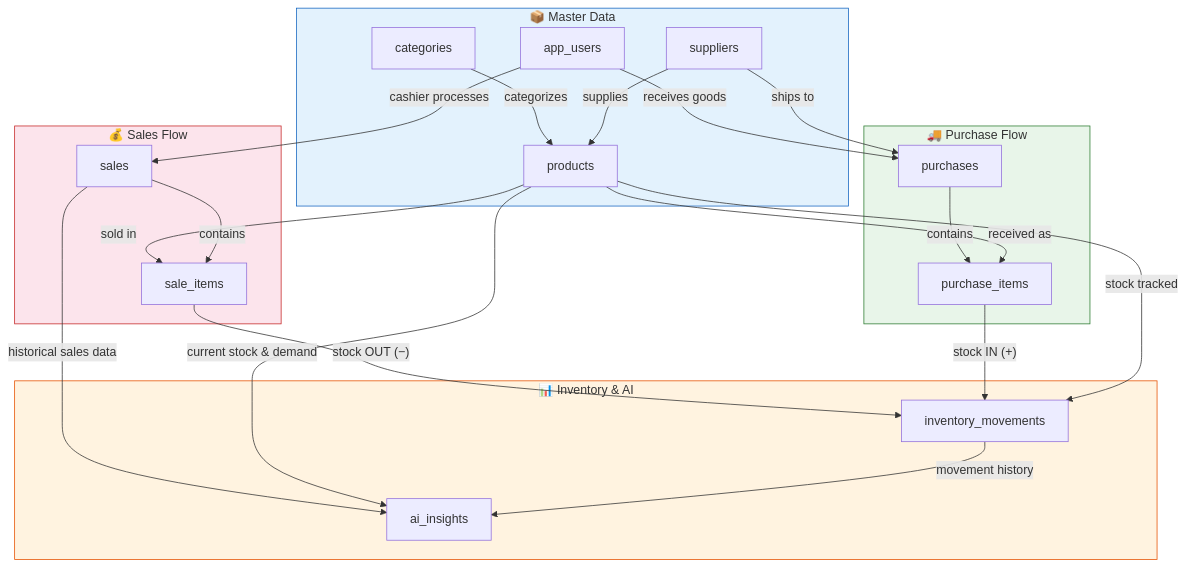
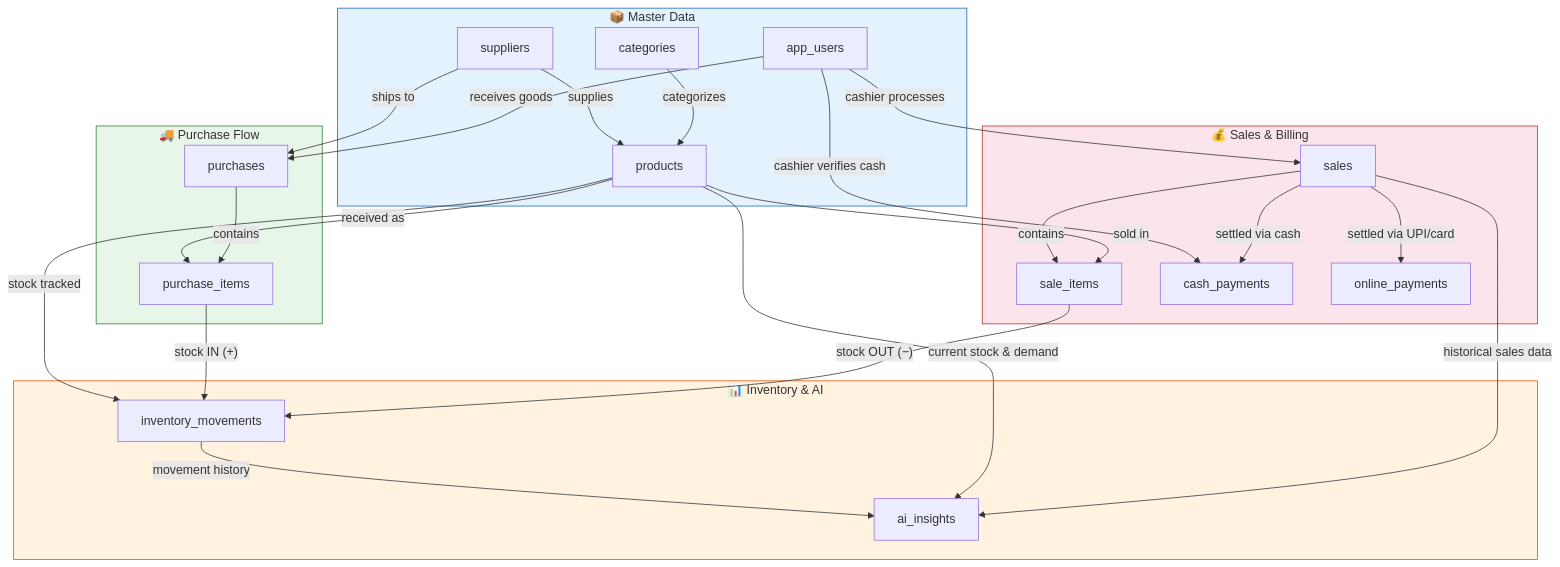
Before and after one commit to Ayushmaan05/Kirana_AI: the second of 2 diagrams in database/er_diagram.md, drawn with Mermaid. The commit also changed other lines of this file and 9 other files, not shown here.

````diff
--- a/database/er_diagram.md
+++ b/database/er_diagram.md
@@ -168,49 +181,55 @@
 ```mermaid
 flowchart TD
     subgraph Master_Data["📦 Master Data"]
         CAT["categories"]
         SUP["suppliers"]
         USR["app_users"]
         PRD["products"]
     end
 
-    subgraph Sales_Flow["💰 Sales Flow"]
+    subgraph Sales_Flow["💰 Sales & Billing"]
         SAL["sales"]
         SI["sale_items"]
+        CP["cash_payments"]
+        OP["online_payments"]
     end
 
     subgraph Purchase_Flow["🚚 Purchase Flow"]
         PUR["purchases"]
         PI["purchase_items"]
     end
 
     subgraph Inventory_Tracking["📊 Inventory & AI"]
         INV["inventory_movements"]
         AI["ai_insights"]
     end
 
     CAT -->|categorizes| PRD
     SUP -->|supplies| PRD
 
     USR -->|cashier processes| SAL
     PRD -->|sold in| SI
     SAL -->|contains| SI
 
+    SAL -->|settled via cash| CP
+    USR -->|cashier verifies cash| CP
+    SAL -->|settled via UPI/card| OP
+
     USR -->|receives goods| PUR
     SUP -->|ships to| PUR
     PUR -->|contains| PI
     PRD -->|received as| PI
 
     SI -->|"stock OUT (−)"| INV
     PI -->|"stock IN (+)"| INV
     PRD -->|stock tracked| INV
 
     SAL -->|"historical sales data"| AI
     PRD -->|"current stock & demand"| AI
     INV -->|"movement history"| AI
 
     style Master_Data fill:#e3f2fd,stroke:#1565c0
     style Sales_Flow fill:#fce4ec,stroke:#c62828
     style Purchase_Flow fill:#e8f5e9,stroke:#2e7d32
     style Inventory_Tracking fill:#fff3e0,stroke:#e65100
 ```
````
